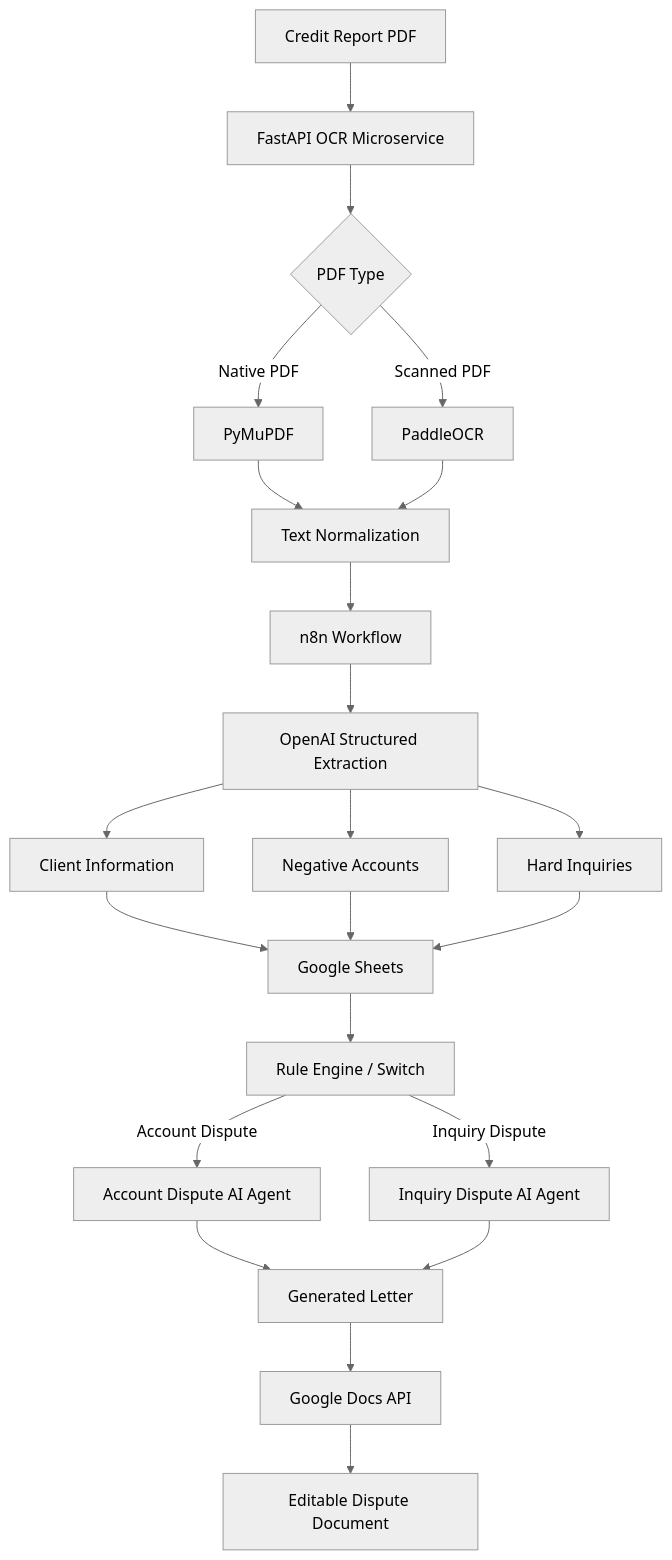
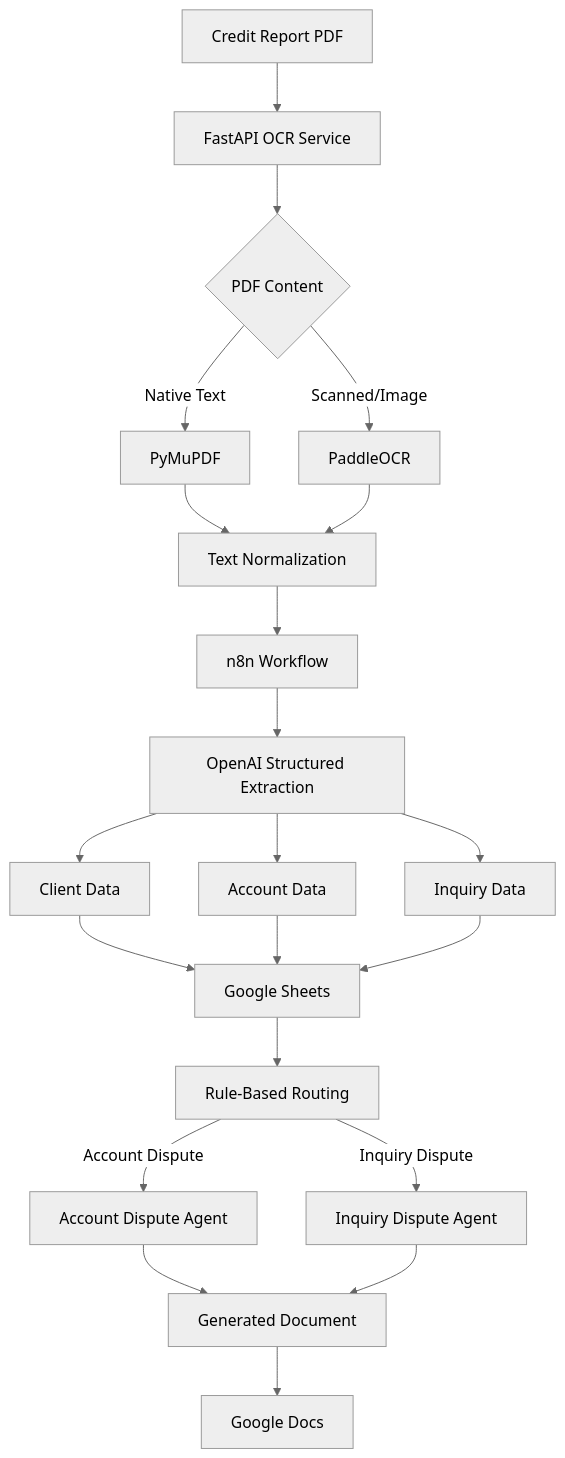
The diagram in README.md (moonirul/Smart-Credit-Dispute-Inquiry-Automation-System), drawn with Mermaid (neutral theme) before and after one commit. The commit also changed other lines of this file, not shown here.

````diff
--- a/README.md
+++ b/README.md
@@ -400,39 +116,32 @@
 ```mermaid
 flowchart TD
+    A[Credit Report PDF] --> B[FastAPI OCR Service]
 
-    A[Credit Report PDF]
-
-    A --> B[FastAPI OCR Microservice]
-
-    B --> C{PDF Type}
-
-    C -->|Native PDF| D[PyMuPDF]
-    C -->|Scanned PDF| E[PaddleOCR]
+    B --> C{PDF Content}
+    C -->|Native Text| D[PyMuPDF]
+    C -->|Scanned/Image| E[PaddleOCR]
 
     D --> F[Text Normalization]
     E --> F
 
     F --> G[n8n Workflow]
-
     G --> H[OpenAI Structured Extraction]
 
-    H --> I[Client Information]
-    H --> J[Negative Accounts]
-    H --> K[Hard Inquiries]
+    H --> I[Client Data]
+    H --> J[Account Data]
+    H --> K[Inquiry Data]
 
     I --> L[Google Sheets]
     J --> L
     K --> L
 
-    L --> M[Rule Engine / Switch]
+    L --> M[Rule-Based Routing]
 
-    M -->|Account Dispute| N[Account Dispute AI Agent]
-    M -->|Inquiry Dispute| O[Inquiry Dispute AI Agent]
+    M -->|Account Dispute| N[Account Dispute Agent]
+    M -->|Inquiry Dispute| O[Inquiry Dispute Agent]
 
-    N --> P[Generated Letter]
+    N --> P[Generated Document]
     O --> P
 
-    P --> Q[Google Docs API]
-
-    Q --> R[Editable Dispute Document]
+    P --> Q[Google Docs]
 ```
````
